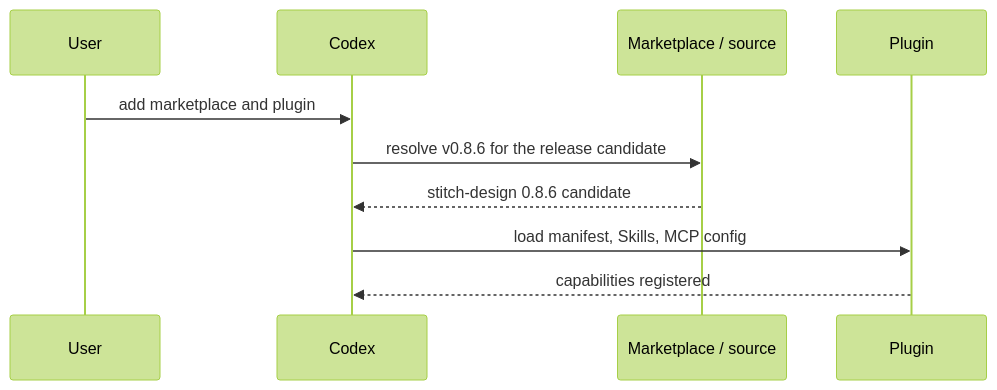
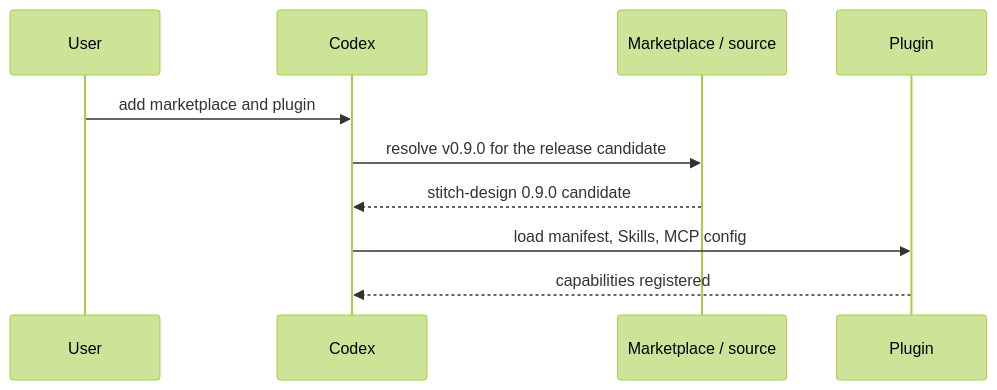
Before and after one commit to full-stack-plugins/stitch-design-plugin: the seventh of 11 diagrams in docs/Stitch-Design-Architecture.md, drawn with Mermaid (forest theme). The commit also changed other lines of this file and 14 other files, not shown here.

````diff
--- a/docs/Stitch-Design-Architecture.md
+++ b/docs/Stitch-Design-Architecture.md
@@ -175,12 +175,12 @@
 ```mermaid
 sequenceDiagram
     participant U as User
     participant C as Codex
     participant M as Marketplace / source
     participant P as Plugin
     U->>C: add marketplace and plugin
-    C->>M: resolve v0.8.6 for the release candidate
-    M-->>C: stitch-design 0.8.6 candidate
+    C->>M: resolve v0.9.0 for the release candidate
+    M-->>C: stitch-design 0.9.0 candidate
     C->>P: load manifest, Skills, MCP config
     P-->>C: capabilities registered
 ```
````
